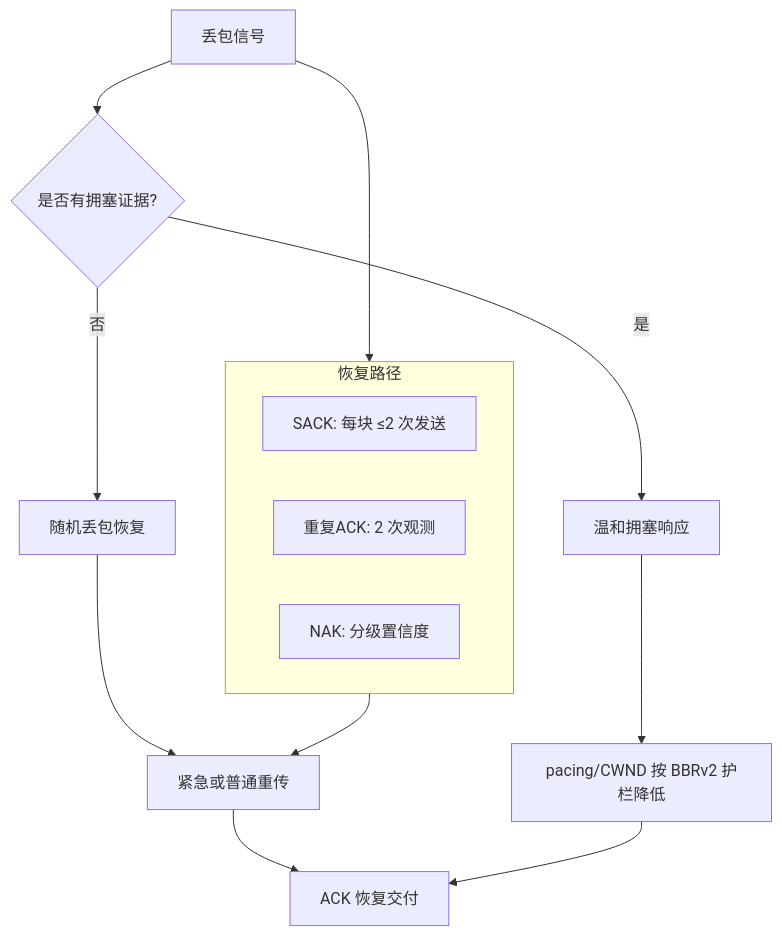
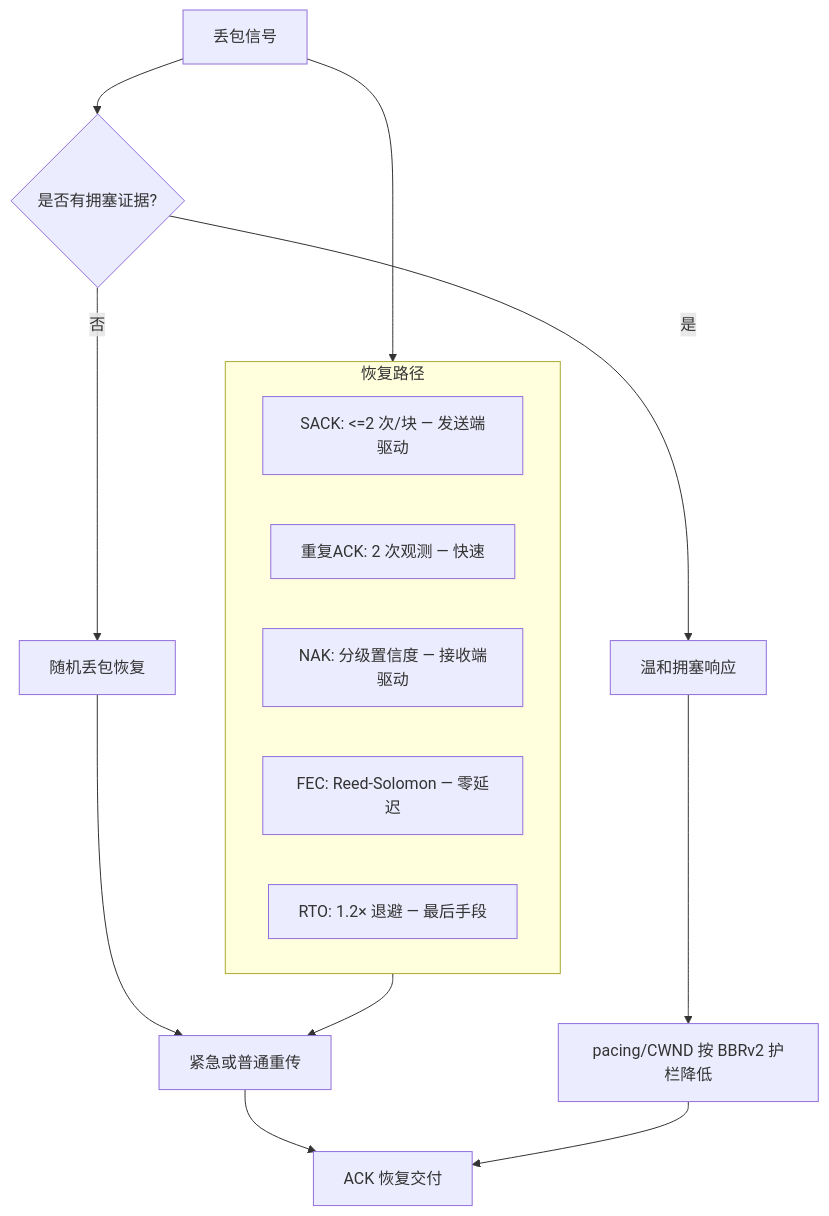
One commit to liulilittle/ucp changed the first of 7 diagrams in docs/protocol_CN.md. Above: the diagram before and after it, drawn with Mermaid. The commit also changed other lines of this file and 17 other files, not shown here.

````diff
--- a/docs/protocol_CN.md
+++ b/docs/protocol_CN.md
@@ -17,21 +19,23 @@
 ```mermaid
 flowchart TD
     Loss[丢包信号] --> Classifier{是否有拥塞证据?}
     Classifier -->|否| Random[随机丢包恢复]
     Classifier -->|是| Congestion[温和拥塞响应]
 
     Random --> Repair[紧急或普通重传]
     Congestion --> Reduce[pacing/CWND 按 BBRv2 护栏降低]
 
     Repair --> Ack[ACK 恢复交付]
     Reduce --> Ack
 
     subgraph Recovery[恢复路径]
-        SACK[SACK: 每块 ≤2 次发送]
-        DupAck[重复ACK: 2 次观测]
-        NAK[NAK: 分级置信度]
+        SACK[SACK: <=2 次/块 — 发送端驱动]
+        DupAck[重复ACK: 2 次观测 — 快速]
+        NAK[NAK: 分级置信度 — 接收端驱动]
+        FEC[FEC: Reed-Solomon — 零延迟]
+        RTO[RTO: 1.2× 退避 — 最后手段]
     end
 
     Loss --> Recovery
     Recovery --> Repair
 ```
````
